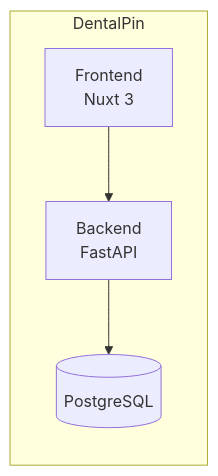
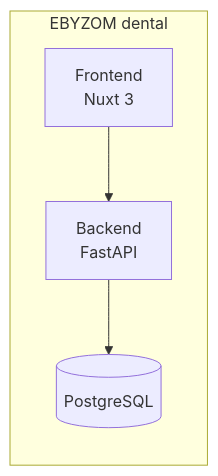
One commit to Tony4772/ebyzomdental changed the diagram in docs/diagrams/README.md. Above: the diagram before and after it, drawn with Mermaid. The commit also changed other lines of this file and 236 other files, not shown here.

First line of the commit message:
Rename DentalPin -> EBYZOM dental across the codebase

````diff
--- a/docs/diagrams/README.md
+++ b/docs/diagrams/README.md
@@ -19,7 +19,7 @@
 ```mermaid
 graph LR
-    subgraph "DentalPin"
+    subgraph "EBYZOM dental"
         FE[Frontend<br/>Nuxt 3] --> API[Backend<br/>FastAPI]
         API --> DB[(PostgreSQL)]
     end
 ```
````
